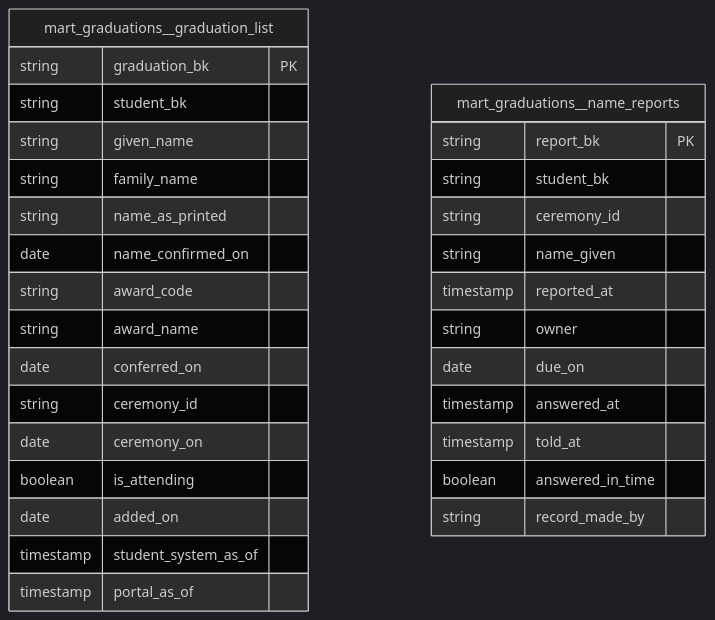
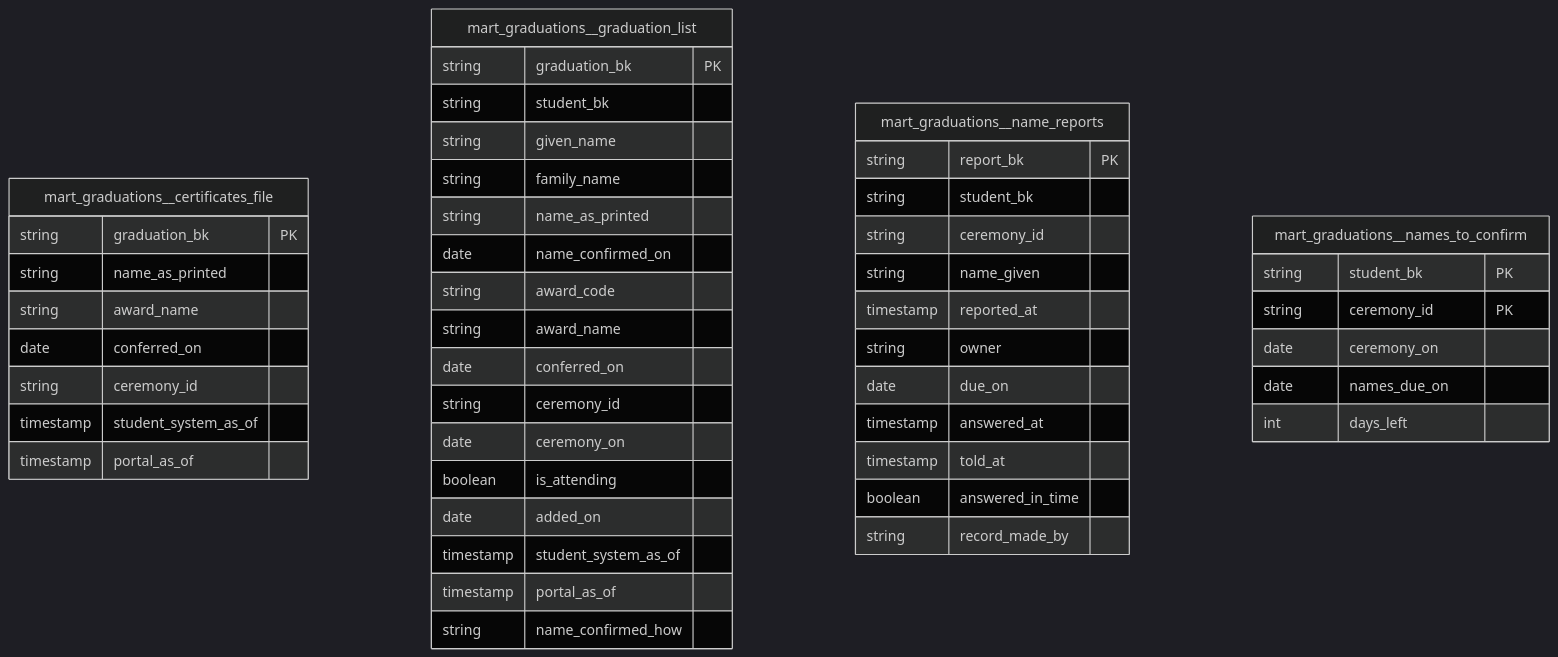
The diagram in films/analytics-engineering/project/models/marts/graduations/_graduations__physical.md (roanboc/learning-data), drawn with Mermaid (dark theme) before and after one commit. The commit also changed other lines of this file and 81 other files, not shown here.

````diff
--- a/films/analytics-engineering/project/models/marts/graduations/_graduations__physical.md
+++ b/films/analytics-engineering/project/models/marts/graduations/_graduations__physical.md
@@ -7,33 +7,50 @@
 ```mermaid
 erDiagram
+    mart_graduations__certificates_file {
+        string graduation_bk PK
+        string name_as_printed
+        string award_name
+        date conferred_on
+        string ceremony_id
+        timestamp student_system_as_of
+        timestamp portal_as_of
+    }
     mart_graduations__graduation_list {
         string graduation_bk PK
         string student_bk
         string given_name
         string family_name
         string name_as_printed
         date name_confirmed_on
         string award_code
         string award_name
         date conferred_on
         string ceremony_id
         date ceremony_on
         boolean is_attending
         date added_on
         timestamp student_system_as_of
         timestamp portal_as_of
+        string name_confirmed_how
     }
     mart_graduations__name_reports {
         string report_bk PK
         string student_bk
         string ceremony_id
         string name_given
         timestamp reported_at
         string owner
         date due_on
         timestamp answered_at
         timestamp told_at
         boolean answered_in_time
         string record_made_by
     }
+    mart_graduations__names_to_confirm {
+        string student_bk PK
+        string ceremony_id PK
+        date ceremony_on
+        date names_due_on
+        int days_left
+    }
 ```
````
